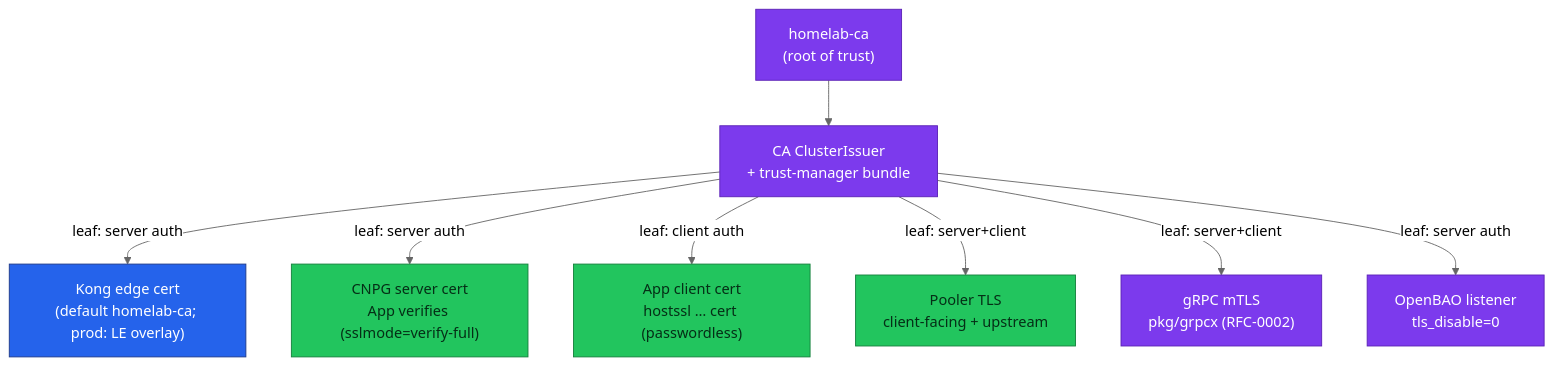
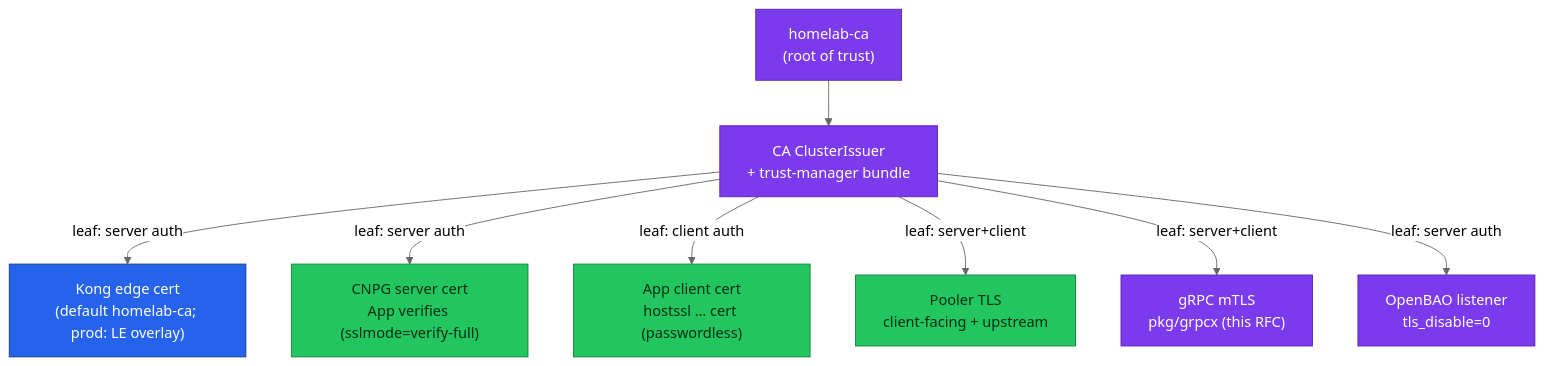
Before and after one commit to duynhlab/homelab: the first of 2 diagrams in docs/proposals/rfc/RFC-0020/research.md, drawn with Mermaid (neutral theme). The commit also changed other lines of this file and 3 other files, not shown here.

````diff
--- a/docs/proposals/rfc/RFC-0020/research.md
+++ b/docs/proposals/rfc/RFC-0020/research.md
@@ -122,16 +122,16 @@
 ```mermaid
 flowchart TD
   root["homelab-ca<br/>(root of trust)"]
   root --> issuer["CA ClusterIssuer<br/>+ trust-manager bundle"]
   issuer -->|"leaf: server auth"| edge["Kong edge cert<br/>(default homelab-ca; prod: LE overlay)"]
   issuer -->|"leaf: server auth"| dbsrv["CNPG server cert<br/>App verifies (sslmode=verify-full)"]
   issuer -->|"leaf: client auth"| dbcli["App client cert<br/>hostssl … cert (passwordless)"]
   issuer -->|"leaf: server+client"| pool["Pooler TLS<br/>client-facing + upstream"]
-  issuer -->|"leaf: server+client"| grpc["gRPC mTLS<br/>pkg/grpcx (RFC-0002)"]
+  issuer -->|"leaf: server+client"| grpc["gRPC mTLS<br/>pkg/grpcx (this RFC)"]
   issuer -->|"leaf: server auth"| bao["OpenBAO listener<br/>tls_disable=0"]
 
   classDef edge fill:#2563eb,color:#fff,stroke:#1e3a8a;
   classDef data fill:#22c55e,color:#052e16,stroke:#15803d;
   classDef platform fill:#7c3aed,color:#fff,stroke:#5b21b6;
   class root,issuer platform; class edge edge; class dbsrv,dbcli,pool data; class grpc,bao platform;
 ```
````
